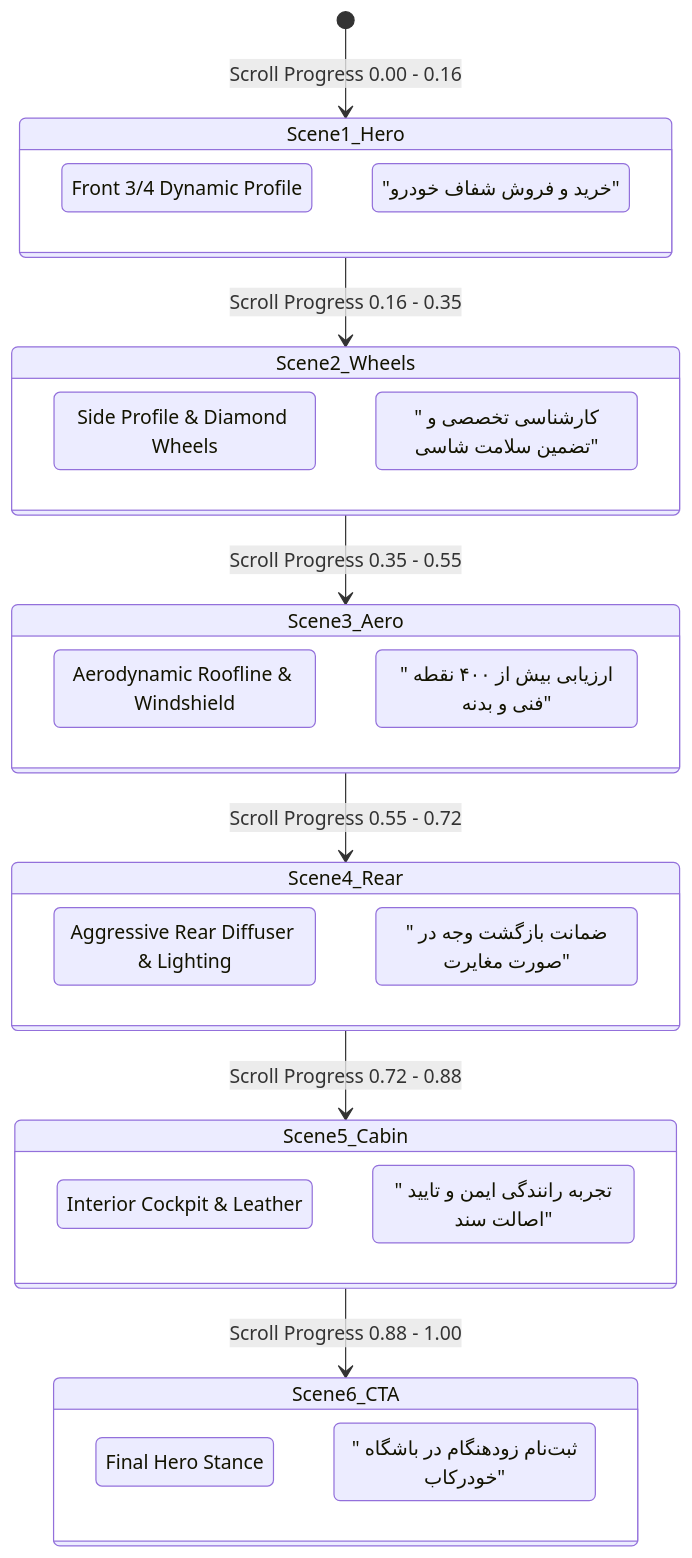
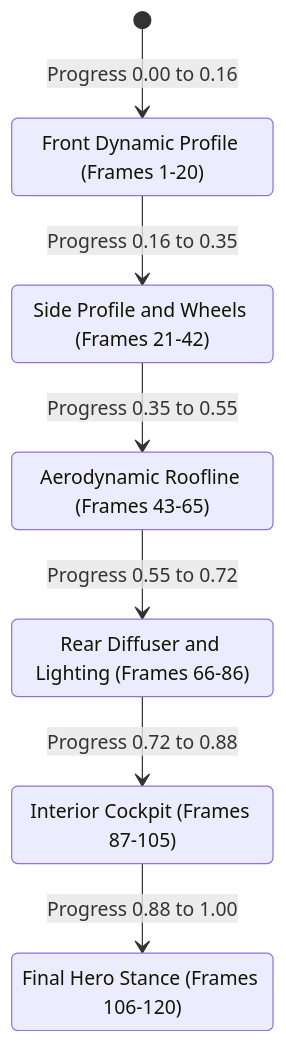
The first of 4 diagrams in docs/state-machine.md (Mahdi-Soleimani/khodrekab), drawn with Mermaid before and after one commit. The commit also changed 4 other files, not shown here.

Commit message:
fix(docs): resolve Mermaid syntax errors and quote special characters in diagrams

````diff
--- a/docs/state-machine.md
+++ b/docs/state-machine.md
@@ -11,34 +11,16 @@
 ```mermaid
 stateDiagram-v2
-    [*] --> Scene1_Hero: Scroll Progress 0.00 - 0.16
-    Scene1_Hero --> Scene2_Wheels: Scroll Progress 0.16 - 0.35
-    Scene2_Wheels --> Scene3_Aero: Scroll Progress 0.35 - 0.55
-    Scene3_Aero --> Scene4_Rear: Scroll Progress 0.55 - 0.72
-    Scene4_Rear --> Scene5_Cabin: Scroll Progress 0.72 - 0.88
-    Scene5_Cabin --> Scene6_CTA: Scroll Progress 0.88 - 1.00
+    [*] --> Scene1_Hero: Progress 0.00 to 0.16
+    Scene1_Hero --> Scene2_Wheels: Progress 0.16 to 0.35
+    Scene2_Wheels --> Scene3_Aero: Progress 0.35 to 0.55
+    Scene3_Aero --> Scene4_Rear: Progress 0.55 to 0.72
+    Scene4_Rear --> Scene5_Cabin: Progress 0.72 to 0.88
+    Scene5_Cabin --> Scene6_CTA: Progress 0.88 to 1.00
 
-    state Scene1_Hero {
-        Frame_001_to_020: Front 3/4 Dynamic Profile
-        Copy1: "خرید و فروش شفاف خودرو"
-    }
-    state Scene2_Wheels {
-        Frame_021_to_042: Side Profile & Diamond Wheels
-        Copy2: "کارشناسی تخصصی و تضمین سلامت شاسی"
-    }
-    state Scene3_Aero {
-        Frame_043_to_065: Aerodynamic Roofline & Windshield
-        Copy3: "ارزیابی بیش از ۴۰۰ نقطه فنی و بدنه"
-    }
-    state Scene4_Rear {
-        Frame_066_to_086: Aggressive Rear Diffuser & Lighting
-        Copy4: "ضمانت بازگشت وجه در صورت مغایرت"
-    }
-    state Scene5_Cabin {
-        Frame_087_to_105: Interior Cockpit & Leather
-        Copy5: "تجربه رانندگی ایمن و تایید اصالت سند"
-    }
-    state Scene6_CTA {
-        Frame_106_to_120: Final Hero Stance
-        Copy6: "ثبت‌نام زودهنگام در باشگاه خودرکاب"
-    }
+    Scene1_Hero: Front Dynamic Profile (Frames 1-20)
+    Scene2_Wheels: Side Profile and Wheels (Frames 21-42)
+    Scene3_Aero: Aerodynamic Roofline (Frames 43-65)
+    Scene4_Rear: Rear Diffuser and Lighting (Frames 66-86)
+    Scene5_Cabin: Interior Cockpit (Frames 87-105)
+    Scene6_CTA: Final Hero Stance (Frames 106-120)
 ```
````
